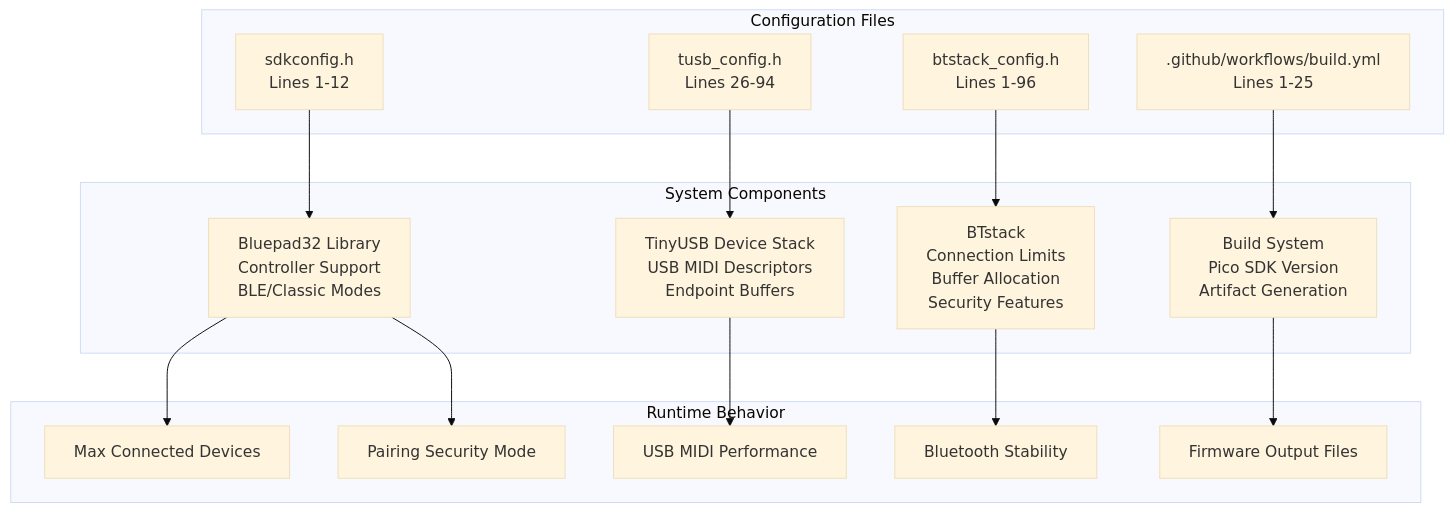
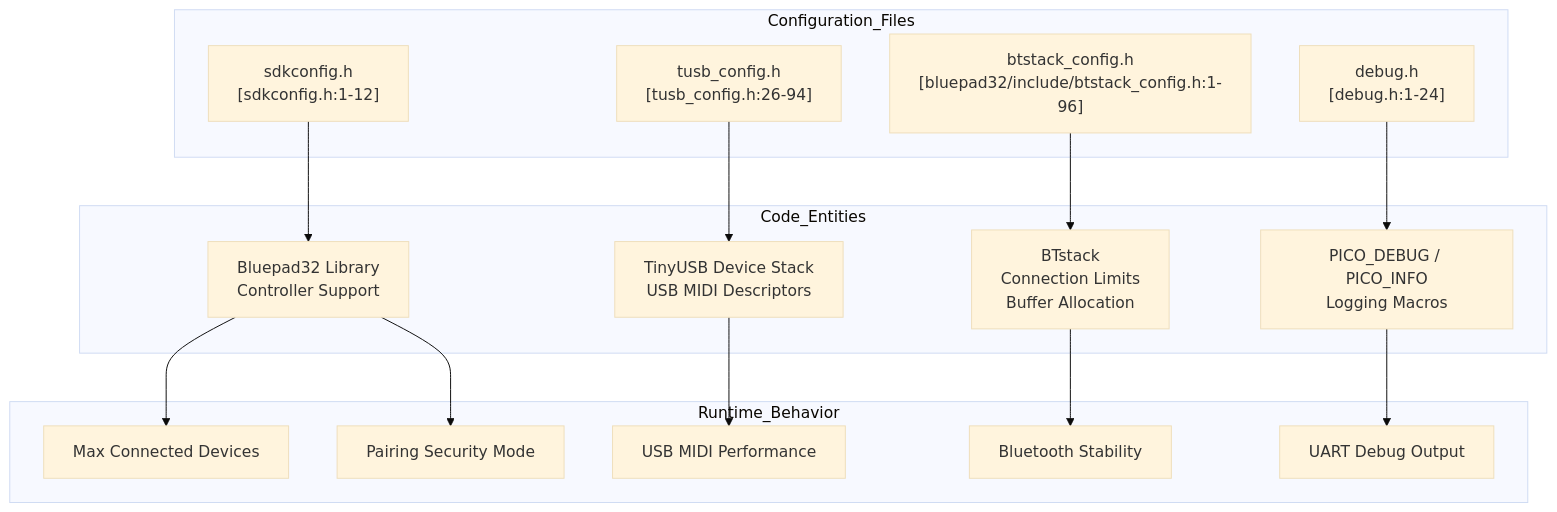
The first of 2 diagrams in wiki/10.2-configuration-reference.md (Jus-Be/orinayo-pico), drawn with Mermaid (base theme) before and after one commit. The commit also changed other lines of this file and 42 other files, not shown here.

````diff
--- a/wiki/10.2-configuration-reference.md
+++ b/wiki/10.2-configuration-reference.md
@@ -19,49 +24,49 @@
 ```mermaid
 flowchart TD
 
-SDKCONFIG["sdkconfig.h<br>Lines 1-12"]
-TUSBCONFIG["tusb_config.h<br>Lines 26-94"]
-BTSTACKCONFIG["btstack_config.h<br>Lines 1-96"]
-WORKFLOW[".github/workflows/build.yml<br>Lines 1-25"]
-BP32["Bluepad32 Library<br>Controller Support<br>BLE/Classic Modes"]
-TUSB["TinyUSB Device Stack<br>USB MIDI Descriptors<br>Endpoint Buffers"]
-BTSTACK["BTstack<br>Connection Limits<br>Buffer Allocation<br>Security Features"]
-BUILD["Build System<br>Pico SDK Version<br>Artifact Generation"]
+SDKCONFIG["sdkconfig.h<br>[sdkconfig.h:1-12]"]
+TUSBCONFIG["tusb_config.h<br>[tusb_config.h:26-94]"]
+BTSTACKCONFIG["btstack_config.h<br>[bluepad32/include/btstack_config.h:1-96]"]
+DEBUGCONFIG["debug.h<br>[debug.h:1-24]"]
+BP32["Bluepad32 Library<br>Controller Support"]
+TUSB["TinyUSB Device Stack<br>USB MIDI Descriptors"]
+BTSTACK["BTstack<br>Connection Limits<br>Buffer Allocation"]
+LOGGING["PICO_DEBUG / PICO_INFO<br>Logging Macros"]
 DEVICES["Max Connected Devices"]
 SECURITY["Pairing Security Mode"]
 USBMIDI["USB MIDI Performance"]
 BTCONN["Bluetooth Stability"]
-ARTIFACTS["Firmware Output Files"]
+LOGOUT["UART Debug Output"]
 
 SDKCONFIG --> BP32
 TUSBCONFIG --> TUSB
 BTSTACKCONFIG --> BTSTACK
-WORKFLOW --> BUILD
+DEBUGCONFIG --> LOGGING
 BP32 --> DEVICES
 BP32 --> SECURITY
 TUSB --> USBMIDI
 BTSTACK --> BTCONN
-BUILD --> ARTIFACTS
+LOGGING --> LOGOUT
 
-subgraph subGraph2 ["Runtime Behavior"]
+subgraph Runtime_Behavior ["Runtime_Behavior"]
     DEVICES
     SECURITY
     USBMIDI
     BTCONN
-    ARTIFACTS
+    LOGOUT
 end
 
-subgraph subGraph1 ["System Components"]
+subgraph Code_Entities ["Code_Entities"]
     BP32
     TUSB
     BTSTACK
-    BUILD
+    LOGGING
 end
 
-subgraph subGraph0 ["Configuration Files"]
+subgraph Configuration_Files ["Configuration_Files"]
     SDKCONFIG
     TUSBCONFIG
     BTSTACKCONFIG
-    WORKFLOW
+    DEBUGCONFIG
 end
 ```
````
